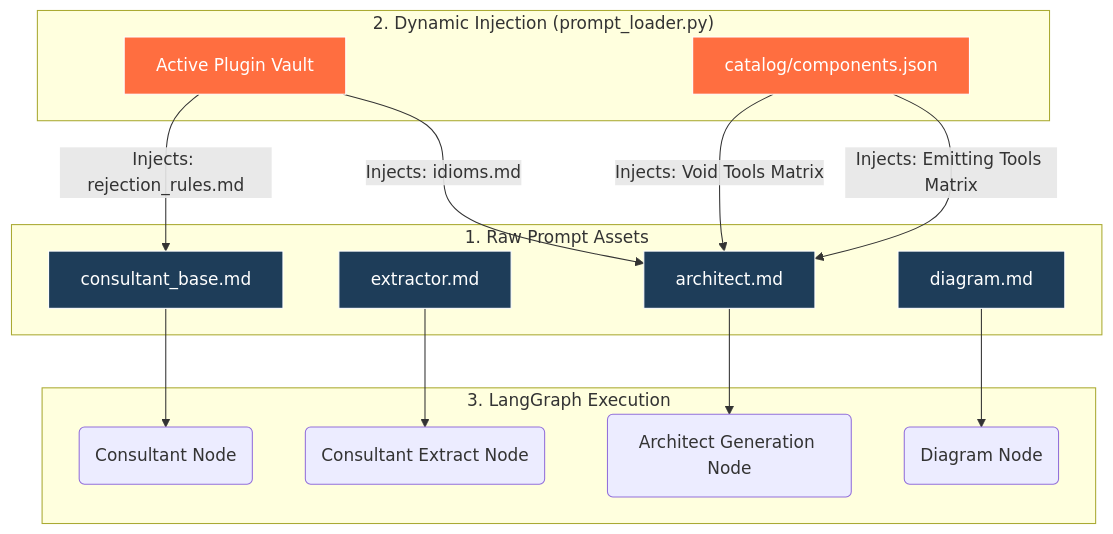
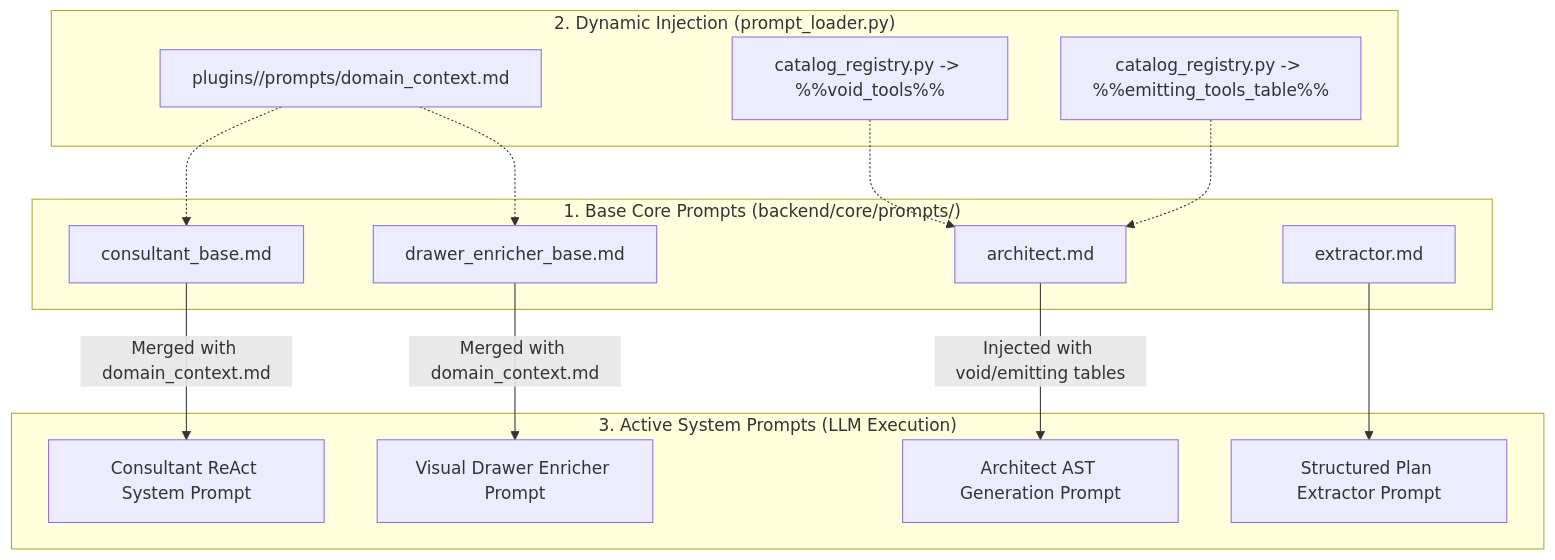
Before and after one commit to genpat-it/cohesive-llm: the diagram in backend/core/prompts/README.md, drawn with Mermaid. The commit also changed other lines of this file and 21 other files, not shown here.

Commit message:
refactor: update core model documentation and Pydantic AST schema structures

````diff
--- a/backend/core/prompts/README.md
+++ b/backend/core/prompts/README.md
@@ -10,31 +11,27 @@
 ```mermaid
 flowchart TD
-    subgraph raw_assets ["1. Raw Prompt Assets"]
-        BaseConsult["consultant_base.md"]
-        BaseExtract["extractor.md"]
-        BaseArch["architect.md"]
-        BaseDiag["diagram.md"]
+    subgraph BasePrompts ["1. Base Core Prompts (backend/core/prompts/)"]
+        ConsultantBase["consultant_base.md"]
+        DrawerEnricherBase["drawer_enricher_base.md"]
+        ArchitectBase["architect.md"]
+        ExtractorBase["extractor.md"]
     end
 
-    subgraph dynamic_injection ["2. Dynamic Injection (prompt_loader.py)"]
-        Plugin["Active Plugin Vault"]
-        Plugin -->|"Injects: rejection_rules.md"| BaseConsult
-        Plugin -->|"Injects: idioms.md"| BaseArch
-        
-        Catalog["catalog/components.json"] 
-        Catalog -->|"Injects: Void Tools Matrix"| BaseArch
-        Catalog -->|"Injects: Emitting Tools Matrix"| BaseArch
+    subgraph DynamicInjection ["2. Dynamic Injection (prompt_loader.py)"]
+        PluginOverlay["plugins/<active_plugin>/prompts/domain_context.md"]
+        VoidToolsTable["catalog_registry.py -> %%void_tools%%"]
+        EmittingToolsTable["catalog_registry.py -> %%emitting_tools_table%%"]
     end
 
-    subgraph langgraph_execution ["3. LangGraph Execution"]
-        BaseConsult --> CNode("Consultant Node")
-        BaseExtract --> CExtractNode("Consultant Extract Node")
-        BaseArch --> ANode("Architect Generation Node")
-        BaseDiag --> DNode("Diagram Node")
+    subgraph AssembledPrompts ["3. Active System Prompts (LLM Execution)"]
+        ConsultantBase -->|Merged with domain_context.md| AssembledConsultant["Consultant ReAct System Prompt"]
+        DrawerEnricherBase -->|Merged with domain_context.md| AssembledDrawer["Visual Drawer Enricher Prompt"]
+        ArchitectBase -->|Injected with void/emitting tables| AssembledArchitect["Architect AST Generation Prompt"]
+        ExtractorBase --> AssembledExtractor["Structured Plan Extractor Prompt"]
     end
 
-    classDef base fill:#1e3d59,stroke:#fff,color:#fff
-    classDef inject fill:#ff6e40,stroke:#fff,color:#fff
-    class BaseConsult,BaseExtract,BaseArch,BaseDiag base
-    class Plugin,Catalog inject
+    PluginOverlay -.-> ConsultantBase
+    PluginOverlay -.-> DrawerEnricherBase
+    VoidToolsTable -.-> ArchitectBase
+    EmittingToolsTable -.-> ArchitectBase
 ```
````
